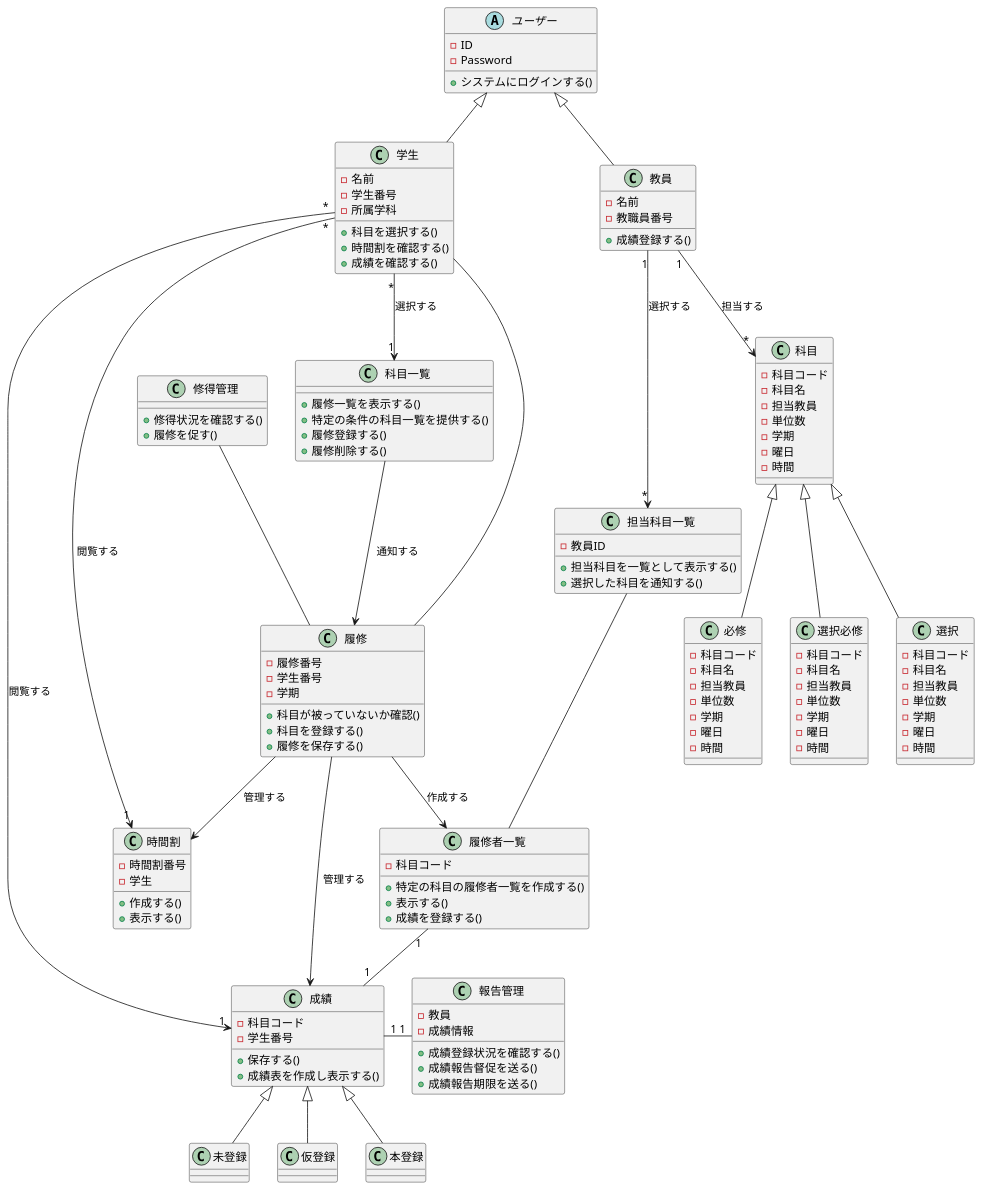
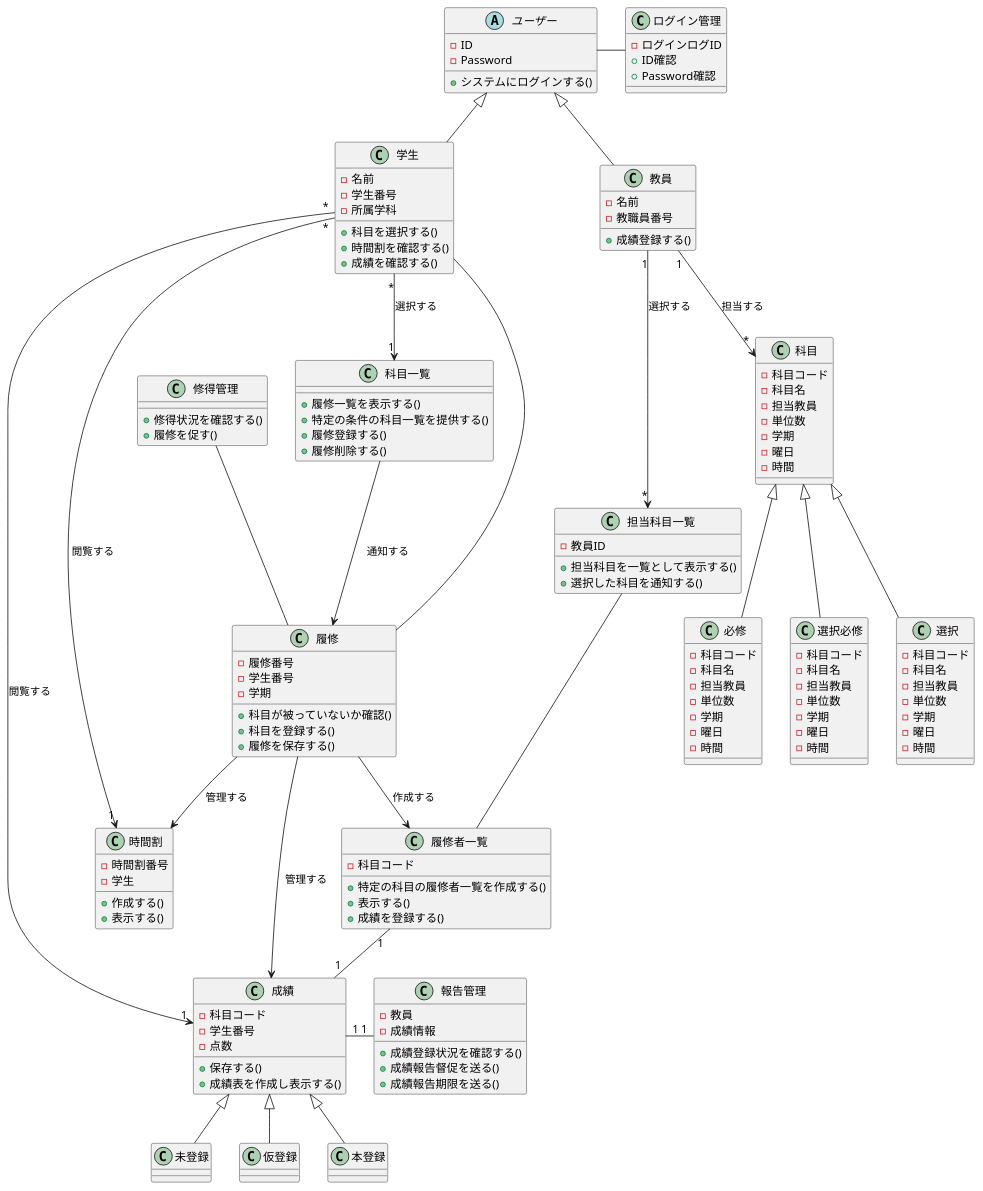
The diagram in uml/15/class1.puml (tanusai646/software-desine), drawn with PlantUML before and after one commit. The commit also changed 11 other files, not shown here.

Commit message:
アクティビティ図

```diff
--- a/uml/15/class1.puml
+++ b/uml/15/class1.puml
@@ -1,180 +1,192 @@
 @startuml クラス図1
 '分析段階のクラス図'
 
 
 'クラス'
 abstract ユーザー{
     - ID
     - Password
     + システムにログインする()
 }
 
 '学生クラスは学生の名前や学生番号が属性として保存されている．
 '科目の選択や時間割を確認等の動作を行う
 class 学生{
     - 名前
     - 学生番号
     - 所属学科
     + 科目を選択する()
     + 時間割を確認する()
     + 成績を確認する()
 }
 
 '教員クラスは教員毎にオブジェクトが作成される
 class 教員{
     - 名前
     - 教職員番号
     + 成績登録する()
 }
 
+'ユーザーのログインを確認するためのクラス
+class ログイン管理{
+    - ログインログID
+    + ID確認
+    + Password確認
+}
+
 '履修クラスはある学生がどの科目を履修しているかを表すクラスである．学生毎に作成されることを想定している
+'また，履修登録，削除ができるかも確認をする
 'このクラスで成績表や時間割が作成されることを想定している．
 '成績クラスを参照し，成績も一緒に保存することを想定する
 class 履修{
     - 履修番号
     - 学生番号
     - 学期
     + 科目が被っていないか確認()
     + 科目を登録する()
     + 履修を保存する()
 }
 
 '科目一覧クラスは科目クラスを参照し特定(曜日や時間)で合致する科目を一覧と表示や選択された科目を通知するクラスである．
 class 科目一覧{
     + 履修一覧を表示する()
     + 特定の条件の科目一覧を提供する()
     + 履修登録する()
     + 履修削除する()
 }
 
 '担当科目一覧は教員が担当している科目を一覧として表示するために使用するクラスである．
 class 担当科目一覧{
     - 教員ID
     + 担当科目を一覧として表示する()
     + 選択した科目を通知する()
 }
 
 class 履修者一覧{
     - 科目コード
     + 特定の科目の履修者一覧を作成する()
     + 表示する()
     + 成績を登録する()
 }
 
 '科目クラスには科目コード毎に作成される
 '学期，曜日，時間等の情報が属性として保存されている．
 '所属学科によって科目の分類が異なるので関連クラスとして定義されている
 class 科目{
     - 科目コード
     - 科目名
     - 担当教員
     - 単位数
     - 学期
     - 曜日
     - 時間
 }
 
 class 必修{
     - 科目コード
     - 科目名
     - 担当教員
     - 単位数
     - 学期
     - 曜日
     - 時間
 }
 
 class 選択必修{
     - 科目コード
     - 科目名
     - 担当教員
     - 単位数
     - 学期
     - 曜日
     - 時間  
 }
 
 class 選択{
     - 科目コード
     - 科目名
     - 担当教員
     - 単位数
     - 学期
     - 曜日
     - 時間
 }
 
+'成績クラスは，科目，学生を属性に持ち，点数等を保持する．
+'その
 class 成績{
     - 科目コード
     - 学生番号
+    - 点数
     + 保存する()
     + 成績表を作成し表示する()
 }
 
 class 未登録{
 
 }
 
 class 仮登録{
 
 }
 
 class 本登録{
 
 }
 
 '履修クラスから作成され，学生から閲覧されることを想定している
 class 時間割{
     - 時間割番号
     - 学生
     + 作成する()
     + 表示する()
 }
 
 '履修クラスで履修状況を確認し，修得できていなかったら修得を促すクラス
 class 修得管理{
     + 修得状況を確認する()
     + 履修を促す()
 }
 
 '成績を確認し，成績が登録されていなかった場合に督促等を送るためのクラス
 class 報告管理{
     - 教員
     - 成績情報
     + 成績登録状況を確認する()
     + 成績報告督促を送る()
     + 成績報告期限を送る()
 }
 
 
 '関係'
 ユーザー <|-down- 学生
 ユーザー <|-down- 教員
+ユーザー -right- ログイン管理
 
 教員 "1" --> "*" 科目 : 担当する
 教員 "1" --> "*" 担当科目一覧 : 選択する
 
 学生 "*" --> "1" 時間割 : 閲覧する
 学生 "*" --> "1" 科目一覧 : 選択する
 学生 -- 履修
 学生 "*" --> "1" 成績 : 閲覧する
 
 成績 "1" -right- "1" 報告管理
 履修者一覧 "1" -- "1" 成績
 担当科目一覧 -- 履修者一覧
 科目一覧 --> 履修 : 通知する
 
 履修 --> 時間割 : 管理する
 履修 --> 成績 : 管理する
 履修 --> 履修者一覧 : 作成する
 
 修得管理 -- 履修
 
 科目 <|-- 必修
 科目 <|-- 選択必修
 科目 <|-- 選択
 
 成績 <|-- 未登録
 成績 <|-- 仮登録
 成績 <|-- 本登録
 @enduml
```
